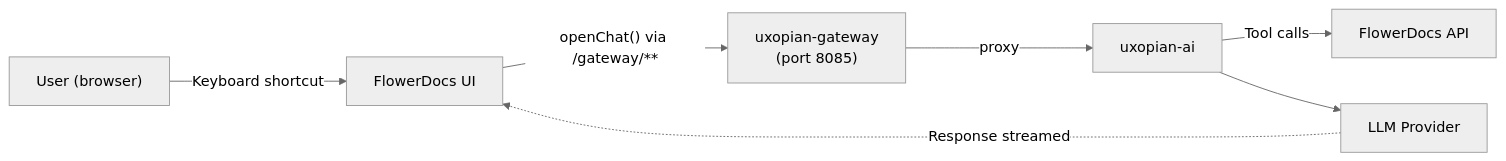
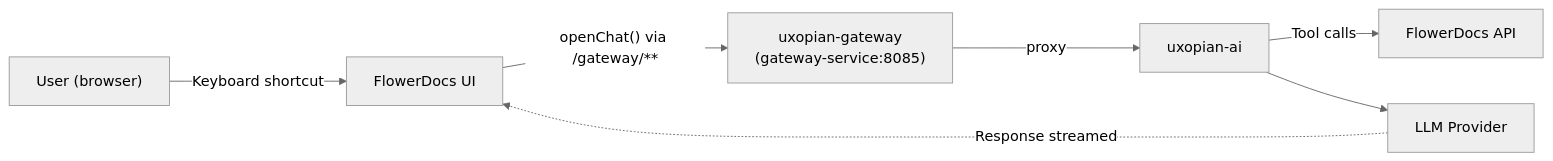
One commit to Uxopian/uxodocs changed the second of 2 diagrams in docs/uxopian-ai/getting_started/quickstart_flowerdocs.mdx. Above: the diagram before and after it, drawn with Mermaid (neutral theme). The commit also changed other lines of this file, not shown here.

First line of the commit message:
UXOAI-288 docs(uxopian-ai): rewrite the FlowerDocs quickstart around real, tested steps

````diff
--- a/docs/uxopian-ai/getting_started/quickstart_flowerdocs.mdx
+++ b/docs/uxopian-ai/getting_started/quickstart_flowerdocs.mdx
@@ -78,16 +100,16 @@
 ```mermaid
 flowchart LR
     User["User (browser)"]
     FD["FlowerDocs UI"]
-    GW["uxopian-gateway<br/>(port 8085)"]
+    GW["uxopian-gateway<br/>(gateway-service:8085)"]
     AI["uxopian-ai"]
     FDAPI["FlowerDocs API"]
     LLM["LLM Provider"]
 
     User -->|"Keyboard shortcut"| FD
     FD -->|"openChat() via /gateway/**"| GW
     GW -->|"proxy"| AI
     AI -->|"Tool calls"| FDAPI
     AI --> LLM
     LLM -.->|"Response streamed"| FD
 ```
````
